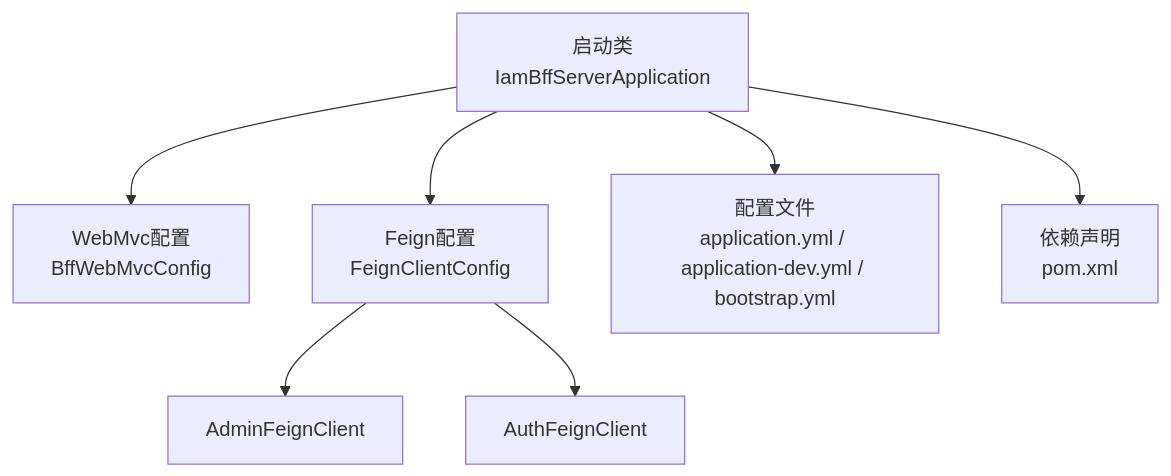
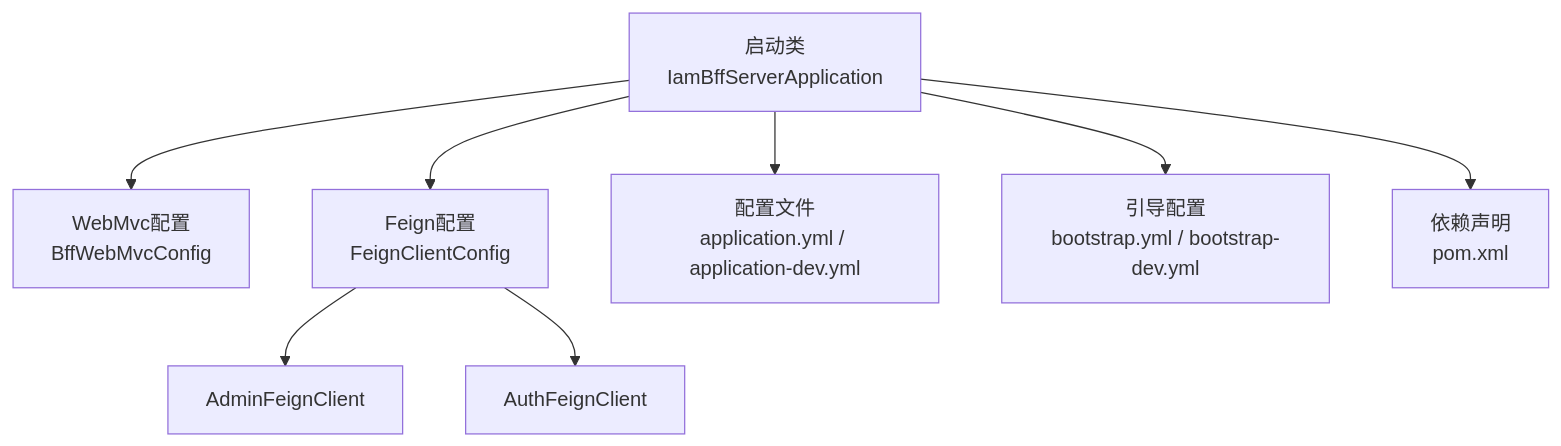
The first of 7 diagrams in .qoder/repowiki/zh/content/项目概述/项目结构/前端代理服务器 (iam-bff-server)/应用启动与配置.md (fq0121104930716/iam-platform), drawn with Mermaid before and after one commit. The commit also changed other lines of this file and 42 other files, not shown here.

````diff
--- a/.qoder/repowiki/zh/content/项目概述/项目结构/前端代理服务器 (iam-bff-server)/应用启动与配置.md
+++ b/.qoder/repowiki/zh/content/项目概述/项目结构/前端代理服务器 (iam-bff-server)/应用启动与配置.md
@@ -34,9 +42,10 @@
 ```mermaid
 graph TB
 A["启动类<br/>IamBffServerApplication"] --> B["WebMvc配置<br/>BffWebMvcConfig"]
 A --> C["Feign配置<br/>FeignClientConfig"]
 C --> D["AdminFeignClient"]
 C --> E["AuthFeignClient"]
-A --> F["配置文件<br/>application.yml / application-dev.yml / bootstrap.yml"]
-A --> G["依赖声明<br/>pom.xml"]
+A --> F["配置文件<br/>application.yml / application-dev.yml"]
+A --> G["引导配置<br/>bootstrap.yml / bootstrap-dev.yml"]
+A --> H["依赖声明<br/>pom.xml"]
 ```
````
